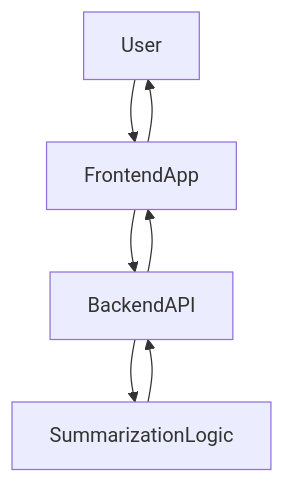
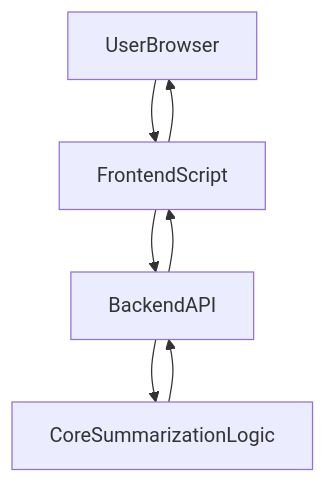
The diagram in docs/REPOSITORY_OVERVIEW.md (test-company-prowiz/Note-Summerizer), drawn with Mermaid before and after one commit. The commit also changed other lines of this file and 2 other files, not shown here.

````diff
--- a/docs/REPOSITORY_OVERVIEW.md
+++ b/docs/REPOSITORY_OVERVIEW.md
@@ -54,9 +42,9 @@
 ```mermaid
 graph TD
-A[User] --> B[FrontendApp]
+A[UserBrowser] --> B[FrontendScript]
 B --> C[BackendAPI]
-C --> D[SummarizationLogic]
+C --> D[CoreSummarizationLogic]
 D --> C
 C --> B
 B --> A
 ```
````
